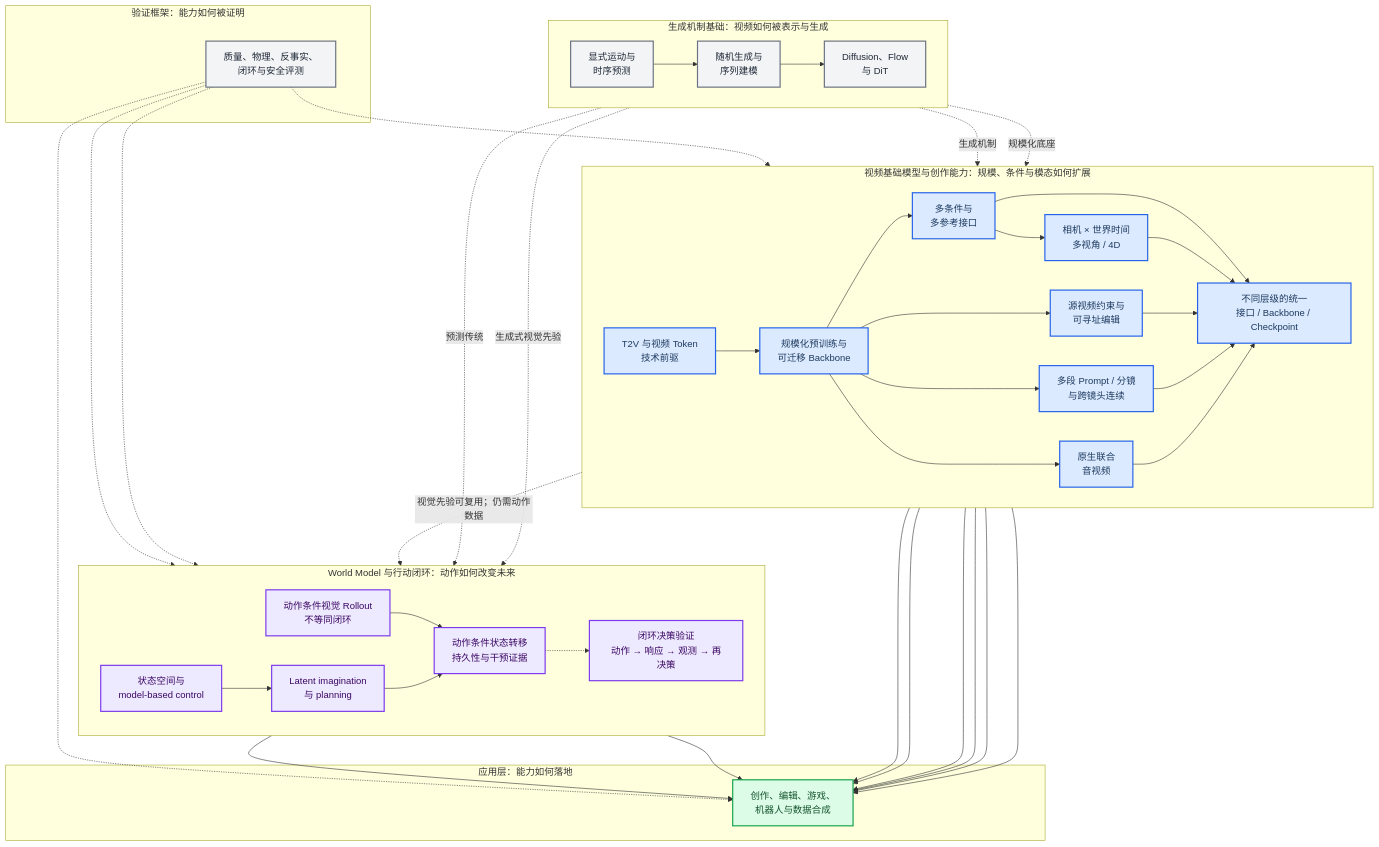
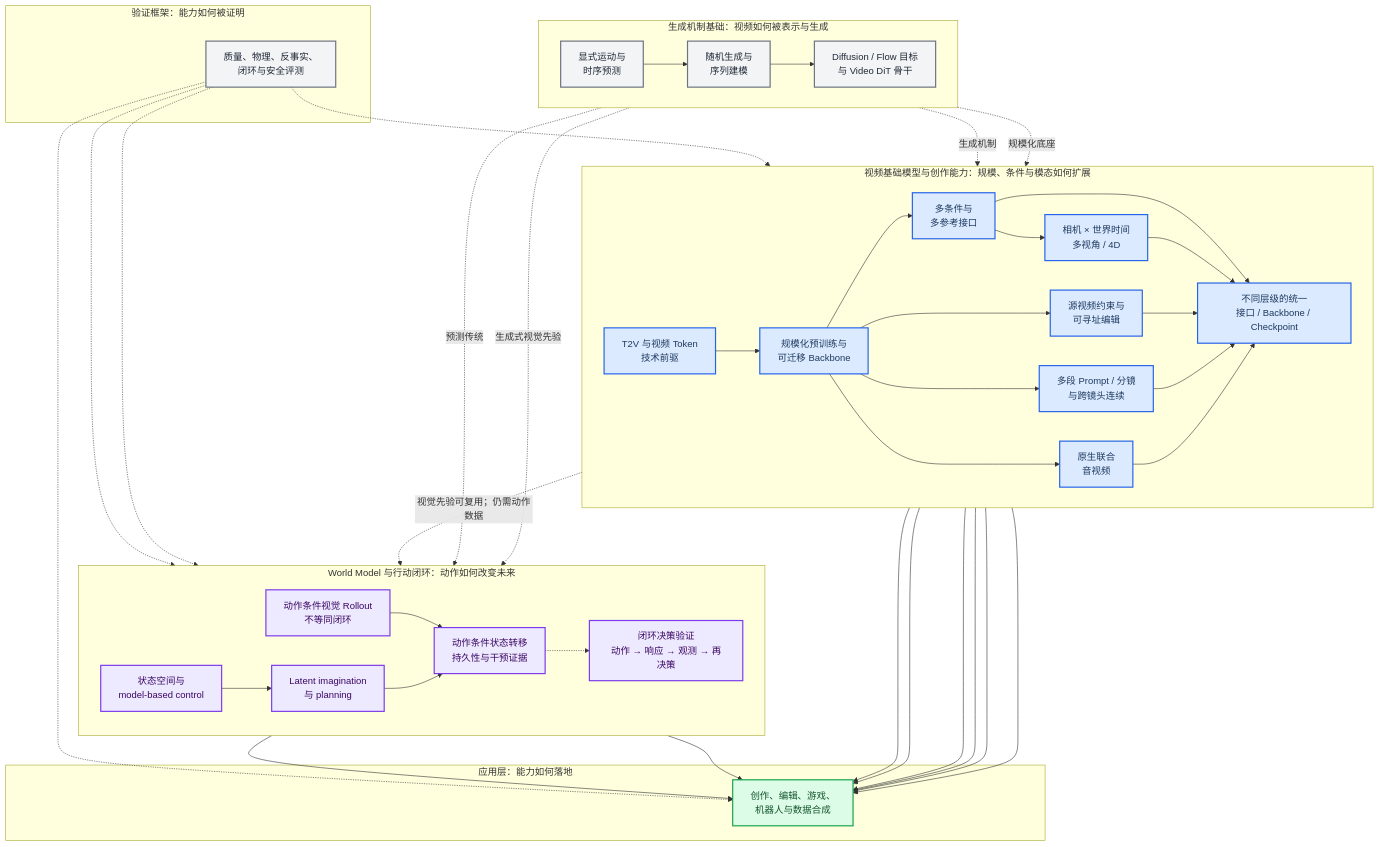
The first of 2 diagrams in docs/timeline.md (GVCLab/Video-Generation-101), drawn with Mermaid before and after one commit. The commit also changed other lines of this file and 20 other files, not shown here.

````diff
--- a/docs/timeline.md
+++ b/docs/timeline.md
@@ -24,71 +24,71 @@
 ```mermaid
 flowchart TB
     accTitle: 视频生成技术发展的并行泳道
     accDescr: 生成机制基础、视频基础模型与创作能力、World Model 与行动闭环三条技术路线并行发展，最后落到应用工作流和分层评测；多条件、多镜头、音视频与统一系统是不同维度。
 
     subgraph generation_track ["生成机制基础：视频如何被表示与生成"]
         direction LR
         motion_prediction["显式运动与<br/>时序预测"] --> probabilistic_generation["随机生成与<br/>序列建模"]
-        probabilistic_generation --> scalable_generation["Diffusion、Flow<br/>与 DiT"]
+        probabilistic_generation --> scalable_generation["Diffusion / Flow 目标<br/>与 Video DiT 骨干"]
     end
 
     subgraph foundation_track ["视频基础模型与创作能力：规模、条件与模态如何扩展"]
         direction LR
         text_video["T2V 与视频 Token<br/>技术前驱"] --> foundation_backbone["规模化预训练与<br/>可迁移 Backbone"]
         foundation_backbone --> multi_condition["多条件与<br/>多参考接口"]
         multi_condition --> view_time_4d["相机 × 世界时间<br/>多视角 / 4D"]
         foundation_backbone --> source_editing["源视频约束与<br/>可寻址编辑"]
         foundation_backbone --> timeline_authoring["多段 Prompt / 分镜<br/>与跨镜头连续"]
         foundation_backbone --> native_av["原生联合<br/>音视频"]
         multi_condition --> unified_creation["不同层级的统一<br/>接口 / Backbone / Checkpoint"]
         view_time_4d --> unified_creation
         source_editing --> unified_creation
         timeline_authoring --> unified_creation
         native_av --> unified_creation
     end
 
     subgraph world_track ["World Model 与行动闭环：动作如何改变未来"]
         direction LR
         state_space["状态空间与<br/>model-based control"] --> latent_planning["Latent imagination<br/>与 planning"]
         action_rollout["动作条件视觉 Rollout<br/>不等同闭环"] --> world_model_evidence["动作条件状态转移<br/>持久性与干预证据"]
         latent_planning --> world_model_evidence
         world_model_evidence -.-> closed_loop_control["闭环决策验证<br/>动作 → 响应 → 观测 → 再决策"]
     end
 
     subgraph application_layer ["应用层：能力如何落地"]
         workflows["创作、编辑、游戏、<br/>机器人与数据合成"]
     end
 
     subgraph validation_framework ["验证框架：能力如何被证明"]
         evidence["质量、物理、反事实、<br/>闭环与安全评测"]
     end
 
     probabilistic_generation -.->|"生成机制"| text_video
     scalable_generation -.->|"规模化底座"| foundation_backbone
     motion_prediction -.->|"预测传统"| latent_planning
     scalable_generation -.->|"生成式视觉先验"| action_rollout
     foundation_backbone -.->|"视觉先验可复用；仍需动作数据"| action_rollout
     multi_condition --> workflows
     view_time_4d --> workflows
     source_editing --> workflows
     timeline_authoring --> workflows
     native_av --> workflows
     unified_creation --> workflows
     world_model_evidence --> workflows
     closed_loop_control --> workflows
     evidence -.-> foundation_backbone
     evidence -.-> world_model_evidence
     evidence -.-> closed_loop_control
     evidence -.-> workflows
 
     classDef foundation fill:#f3f4f6,stroke:#6b7280,stroke-width:2px,color:#1f2937
     classDef creative fill:#dbeafe,stroke:#2563eb,stroke-width:2px,color:#1e3a5f
     classDef world fill:#ede9fe,stroke:#7c3aed,stroke-width:2px,color:#3b0764
     classDef outcome fill:#dcfce7,stroke:#16a34a,stroke-width:2px,color:#14532d
 
     class motion_prediction,probabilistic_generation,scalable_generation foundation
     class text_video,foundation_backbone,multi_condition,view_time_4d,source_editing,timeline_authoring,native_av,unified_creation creative
     class state_space,latent_planning,action_rollout,world_model_evidence,closed_loop_control world
     class evidence foundation
     class workflows outcome
 ```
````
